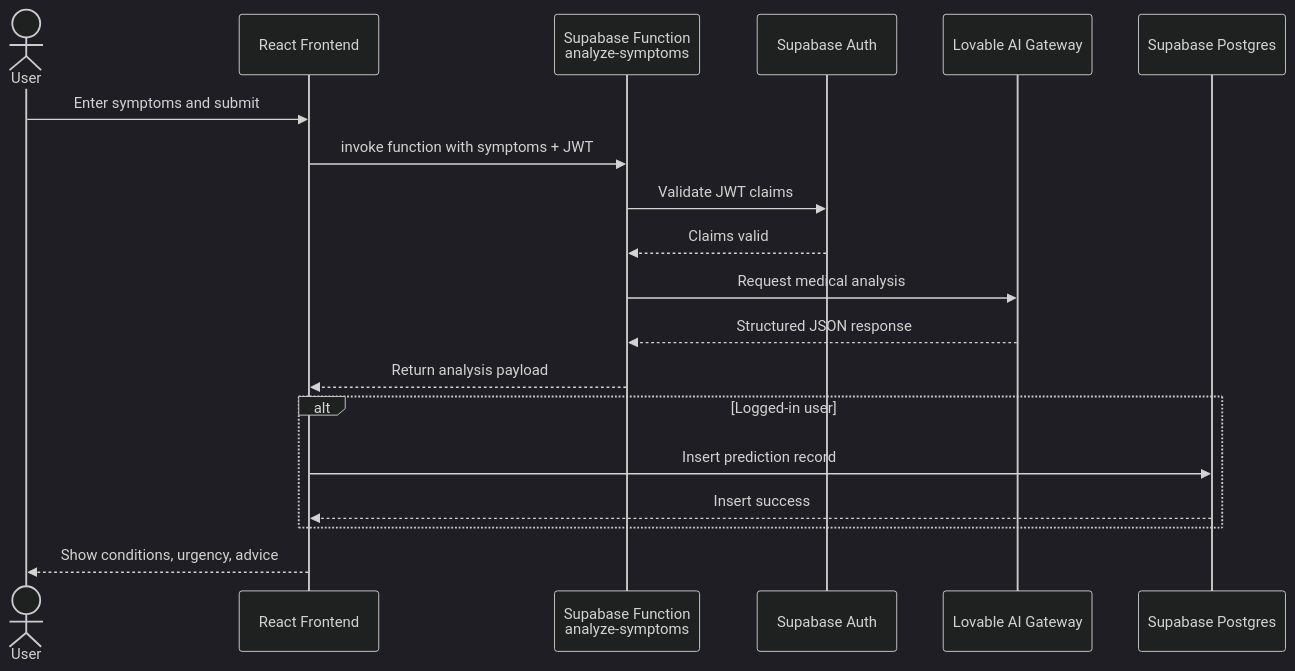
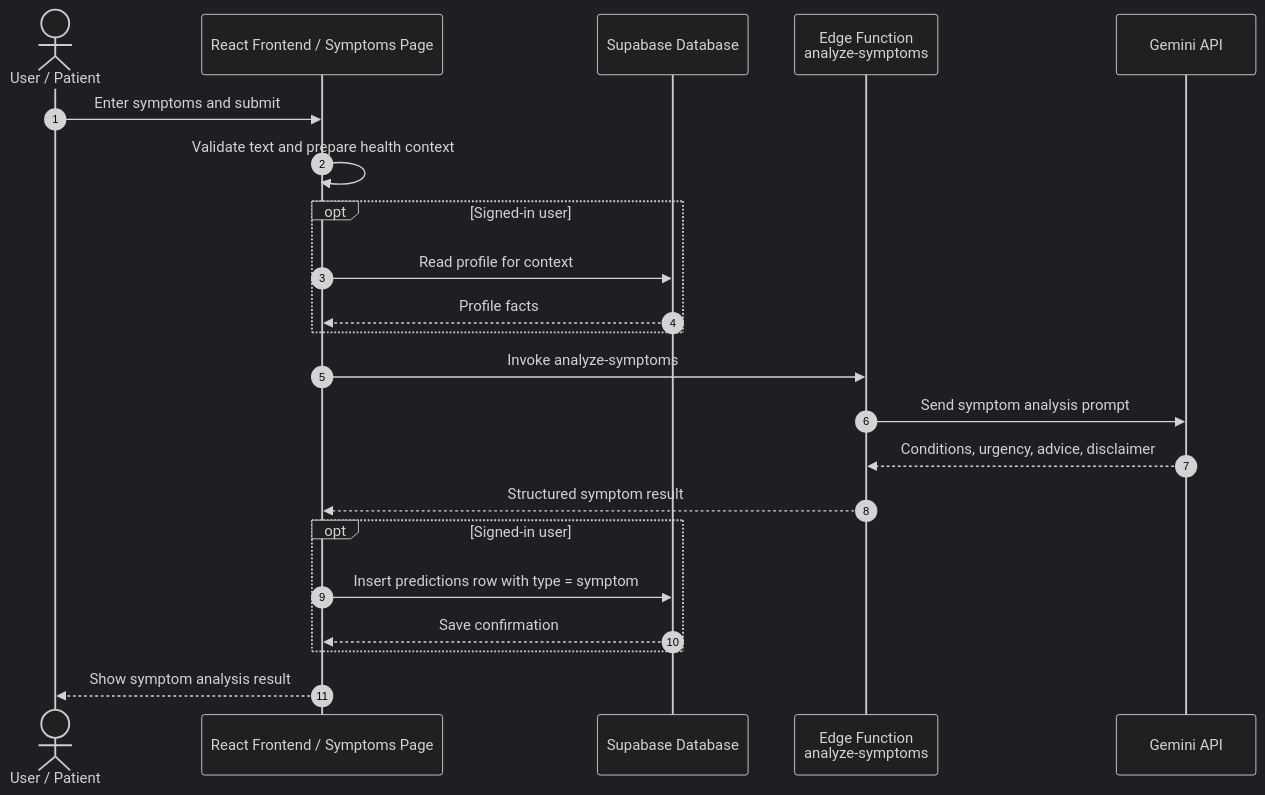
Before and after one commit to Addi-20042/MediBrief: diagram 15 of 26 in ALL_MERMAID_DIAGRAMS.md, drawn with Mermaid (dark theme). The commit also changed other lines of this file and 12 other files, not shown here.

Commit message:
Add admin fixes and update system diagrams

````diff
--- a/ALL_MERMAID_DIAGRAMS.md
+++ b/ALL_MERMAID_DIAGRAMS.md
@@ -380,24 +646,25 @@
 ```mermaid
 sequenceDiagram
-  actor User
-  participant FE as React Frontend
-  participant SF as Supabase Function<br/>analyze-symptoms
-  participant SA as Supabase Auth
-  participant AI as Lovable AI Gateway
-  participant DB as Supabase Postgres
+  autonumber
+  actor User as User / Patient
+  participant WEB as React Frontend / Symptoms Page
+  participant DB as Supabase Database
+  participant FSYM as Edge Function<br/>analyze-symptoms
+  participant AI as Gemini API
 
-  User->>FE: Enter symptoms and submit
-  FE->>SF: invoke function with symptoms + JWT
-  SF->>SA: Validate JWT claims
-  SA-->>SF: Claims valid
-  SF->>AI: Request medical analysis
-  AI-->>SF: Structured JSON response
-  SF-->>FE: Return analysis payload
-
-  alt Logged-in user
-    FE->>DB: Insert prediction record
-    DB-->>FE: Insert success
+  User->>WEB: Enter symptoms and submit
+  WEB->>WEB: Validate text and prepare health context
+  opt Signed-in user
+    WEB->>DB: Read profile for context
+    DB-->>WEB: Profile facts
   end
-
-  FE-->>User: Show conditions, urgency, advice
+  WEB->>FSYM: Invoke analyze-symptoms
+  FSYM->>AI: Send symptom analysis prompt
+  AI-->>FSYM: Conditions, urgency, advice, disclaimer
+  FSYM-->>WEB: Structured symptom result
+  opt Signed-in user
+    WEB->>DB: Insert predictions row with type = symptom
+    DB-->>WEB: Save confirmation
+  end
+  WEB-->>User: Show symptom analysis result
 ```
````
